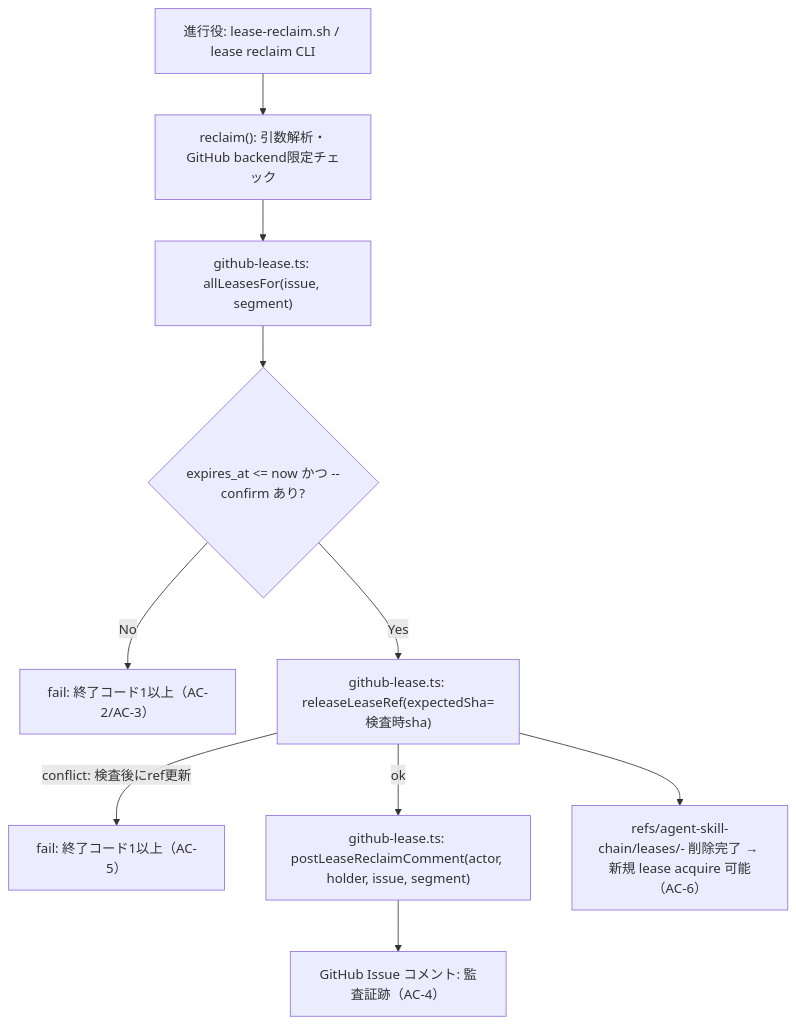
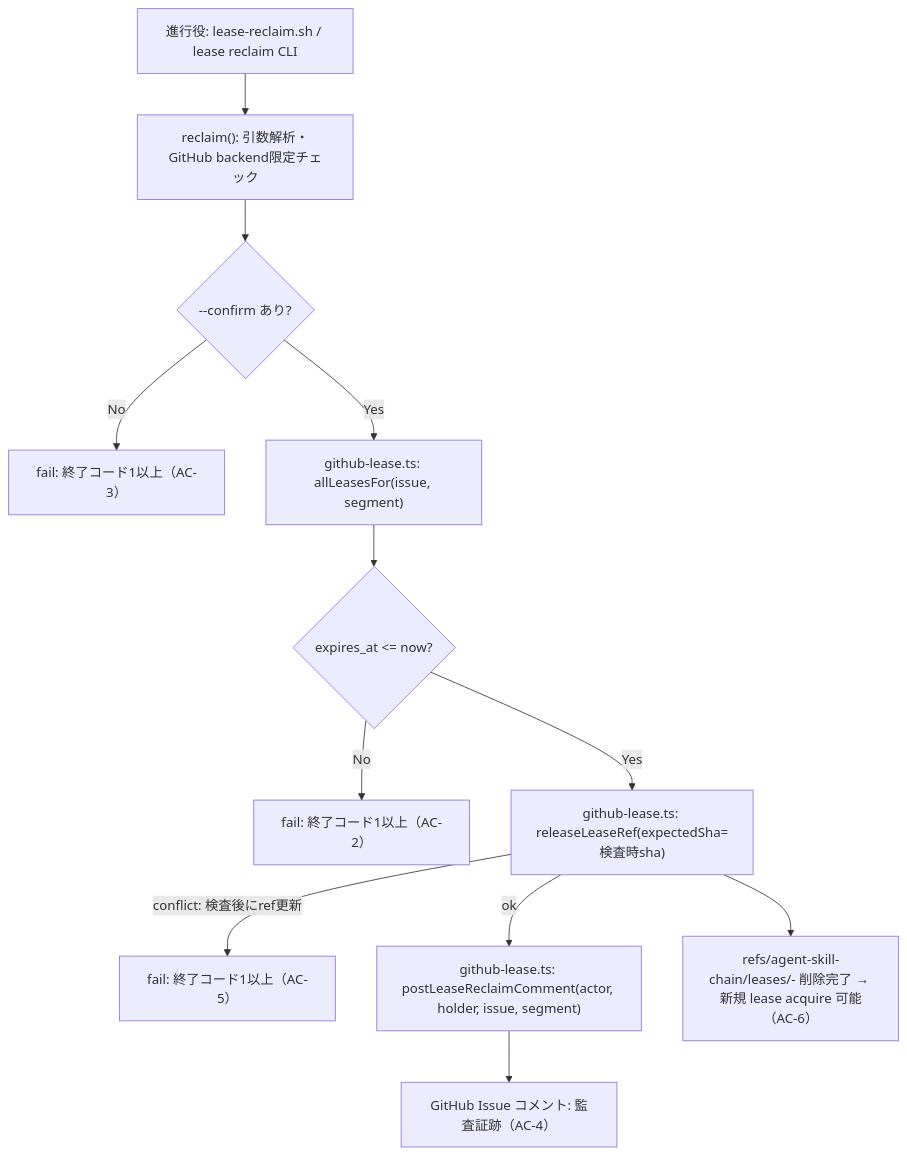
The first of 2 diagrams in DESIGN.md (techbeansjp-free/AGENTS.md), drawn with Mermaid before and after one commit. The commit also changed 1 other file, not shown here.

Commit message:
ISSUE-441: design: AC-5検証手順をrenewの期限延長と分離しCAS競合を直接検証
design-gate(strict, 2名)のblocking findingを是正。PLAN.md #5のAC-5テストが
renewLeaseRefで対象refを更新する際にexpires_atも未来へ延長してしまい、
reclaim()のexpires_at>now検査（AC-2の早期return）で先にfailしてしまうため、
意図したreleaseLeaseRefのforce-with-lease拒否（AC-5）を実際には検証できて
いなかった。expires_atを過去のまま据え置いた更新に変更し、reclaim()が内部
的に行うのと同一の呼び出し形でreleaseLeaseRefを直接呼び出しCAS競合のみを
単独で検証する形に修正した。

あわせてwarning指摘（DESIGN.mdのmermaid図で--confirm検査とexpires_at検査が
1つの分岐ノードに統合されておりPLAN.mdの手順順序と食い違っていた点）も
ノードを分離して是正した。

````diff
--- a/DESIGN.md
+++ b/DESIGN.md
@@ -51,12 +51,14 @@
 ```mermaid
 graph TD
   A["進行役: lease-reclaim.sh / lease reclaim CLI"] --> B["reclaim(): 引数解析・GitHub backend限定チェック"]
-  B --> C["github-lease.ts: allLeasesFor(issue, segment)"]
-  C --> D{"expires_at <= now かつ --confirm あり?"}
-  D -->|No| E["fail: 終了コード1以上（AC-2/AC-3）"]
+  B --> B2{"--confirm あり?"}
+  B2 -->|No| E1["fail: 終了コード1以上（AC-3）"]
+  B2 -->|Yes| C["github-lease.ts: allLeasesFor(issue, segment)"]
+  C --> D{"expires_at <= now?"}
+  D -->|No| E2["fail: 終了コード1以上（AC-2）"]
   D -->|Yes| F["github-lease.ts: releaseLeaseRef(expectedSha=検査時sha)"]
   F -->|conflict: 検査後にref更新| G["fail: 終了コード1以上（AC-5）"]
   F -->|ok| H["github-lease.ts: postLeaseReclaimComment(actor, holder, issue, segment)"]
   H --> I["GitHub Issue コメント: 監査証跡（AC-4）"]
   F --> J["refs/agent-skill-chain/leases/<issue>-<segment> 削除完了 → 新規 lease acquire 可能（AC-6）"]
 ```
````
